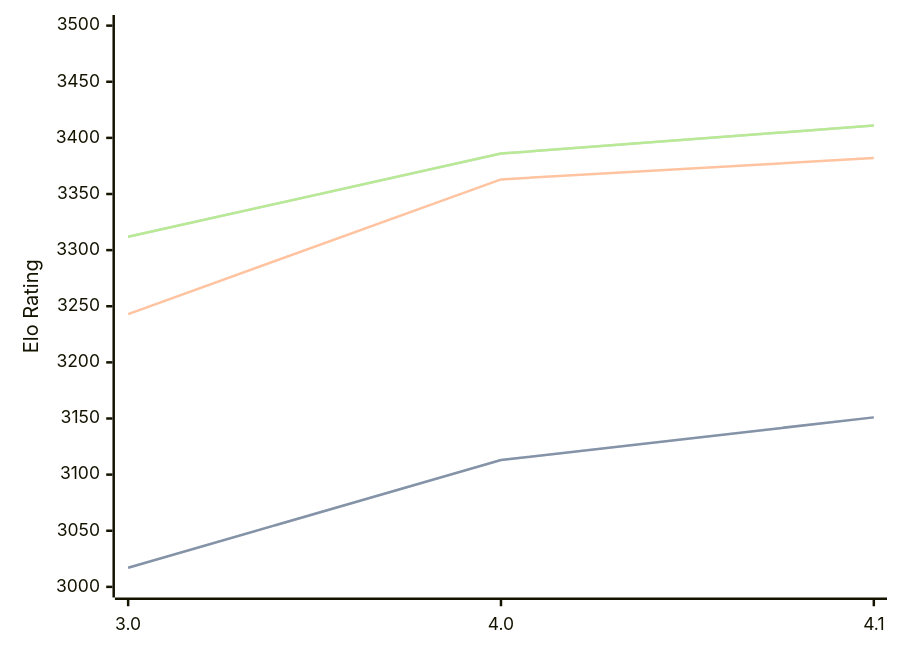
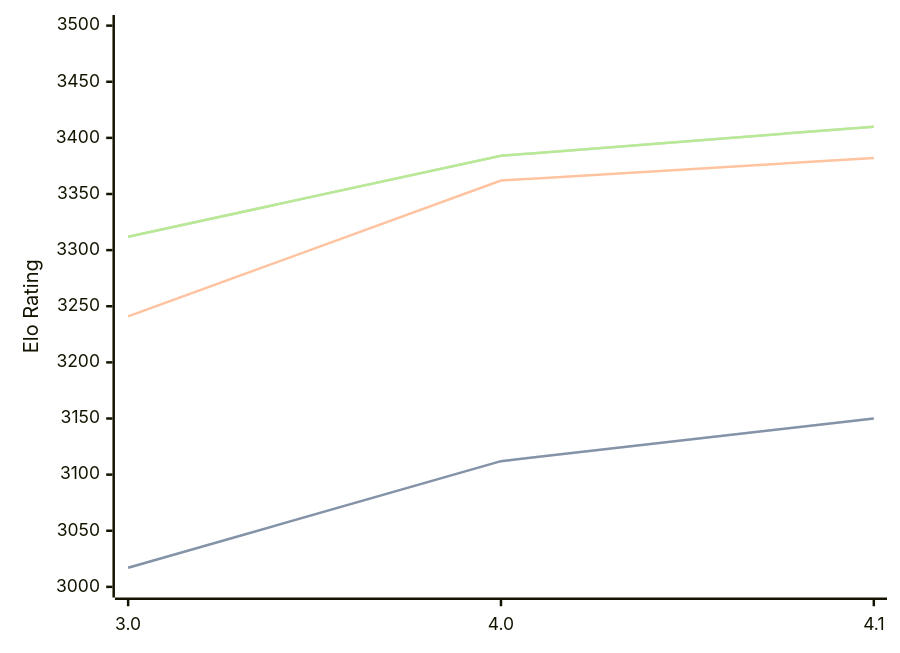
Before and after one commit to computer-chess-index/cci: the diagram in engines/Eleanor.md, drawn with Mermaid. The commit also changed other lines of this file, not shown here.

Commit message:
Update CCI Ratings (ELO VLTC) - 2026-08-04

````diff
--- a/engines/Eleanor.md
+++ b/engines/Eleanor.md
@@ -35,11 +35,11 @@
 ```mermaid
 %%{init: {"theme":"base","themeVariables":{"seriesColors:['#a3a3a3','#222221','#faa371']}}}%%
 xychart-beta
   x-axis ["3.0", "4.0", "4.1"]
   y-axis "Elo Rating" 3000 --> 3500
-  line "STC (8.0+0.08s)" [3017, 3113, 3151]
-  line "STC (8.0+0.08s)" [3017, 3113, 3151]
-  line "LTC (60.0+0.60s)" [3243, 3363, 3382]
-  line "VLTC (2m24s+1.12s)" [3312, 3386, 3411]
-  line "VLTC (2m24s+1.12s)" [3312, 3386, 3411]
+  line "STC (8.0+0.08s)" [3017, 3112, 3150]
+  line "STC (8.0+0.08s)" [3017, 3112, 3150]
+  line "LTC (60.0+0.60s)" [3241, 3362, 3382]
+  line "VLTC (2m24s+1.12s)" [3312, 3384, 3410]
+  line "VLTC (2m24s+1.12s)" [3312, 3384, 3410]
 ```
````
